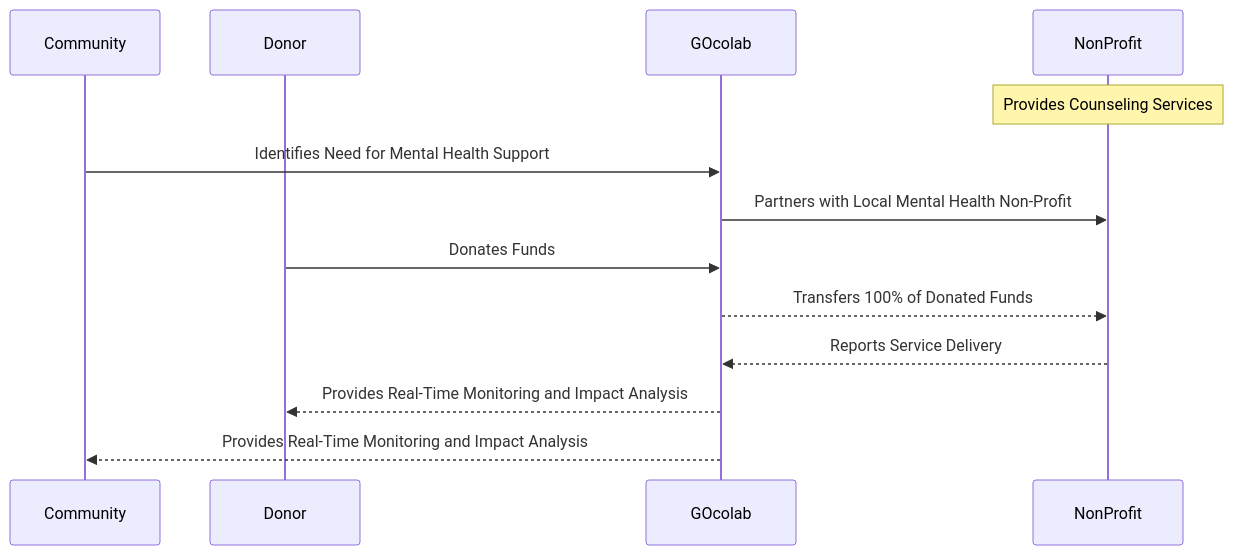
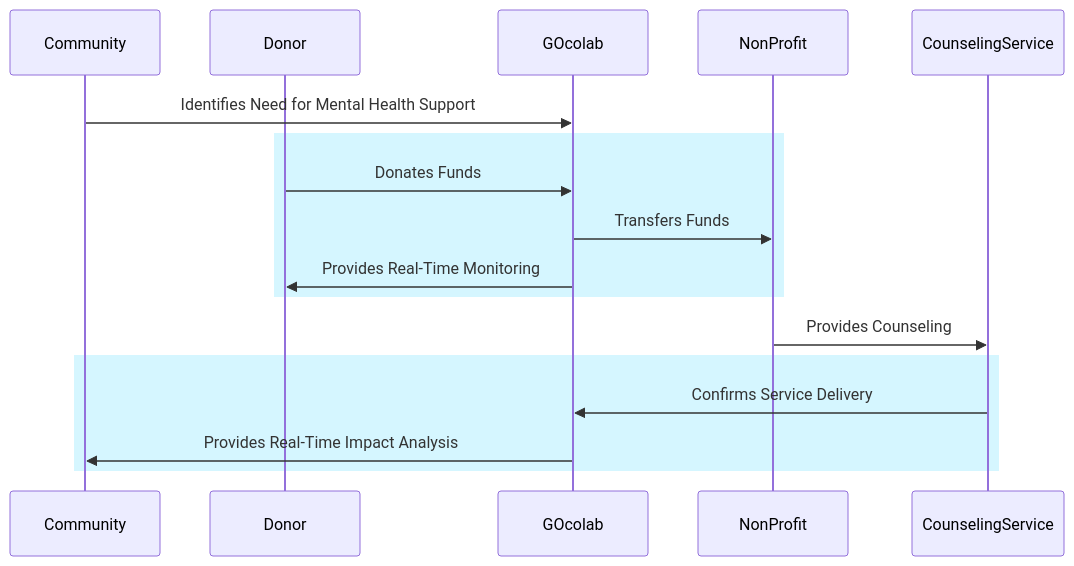
One commit to amotivv/gocolab changed the diagram in usecase.md. Above: the diagram before and after it, drawn with Mermaid.

````diff
--- a/usecase.md
+++ b/usecase.md
@@ -1,19 +1,20 @@
 ```mermaid
 sequenceDiagram
-    participant Community
-    participant Donor
-    participant GOcolab
-    participant NonProfit
-    
-    note over NonProfit: Provides Counseling Services
-    
-    Community->>GOcolab: Identifies Need for Mental Health Support
-    GOcolab->>NonProfit: Partners with Local Mental Health Non-Profit
-    
+  participant Community
+  participant Donor
+  participant GOcolab
+  participant NonProfit
+  participant CounselingService
+  
+  Community->>GOcolab: Identifies Need for Mental Health Support
+  rect rgb(213, 246, 255)
     Donor->>GOcolab: Donates Funds
-    GOcolab-->>NonProfit: Transfers 100% of Donated Funds
-    
-    NonProfit-->>GOcolab: Reports Service Delivery
-    GOcolab-->>Donor: Provides Real-Time Monitoring and Impact Analysis
-    GOcolab-->>Community: Provides Real-Time Monitoring and Impact Analysis
+    GOcolab->>NonProfit: Transfers Funds
+    GOcolab->>Donor: Provides Real-Time Monitoring
+  end
+  NonProfit->>CounselingService: Provides Counseling
+  rect rgb(213, 246, 255)
+    CounselingService->>GOcolab: Confirms Service Delivery
+    GOcolab->>Community: Provides Real-Time Impact Analysis
+  end
 ```
````
